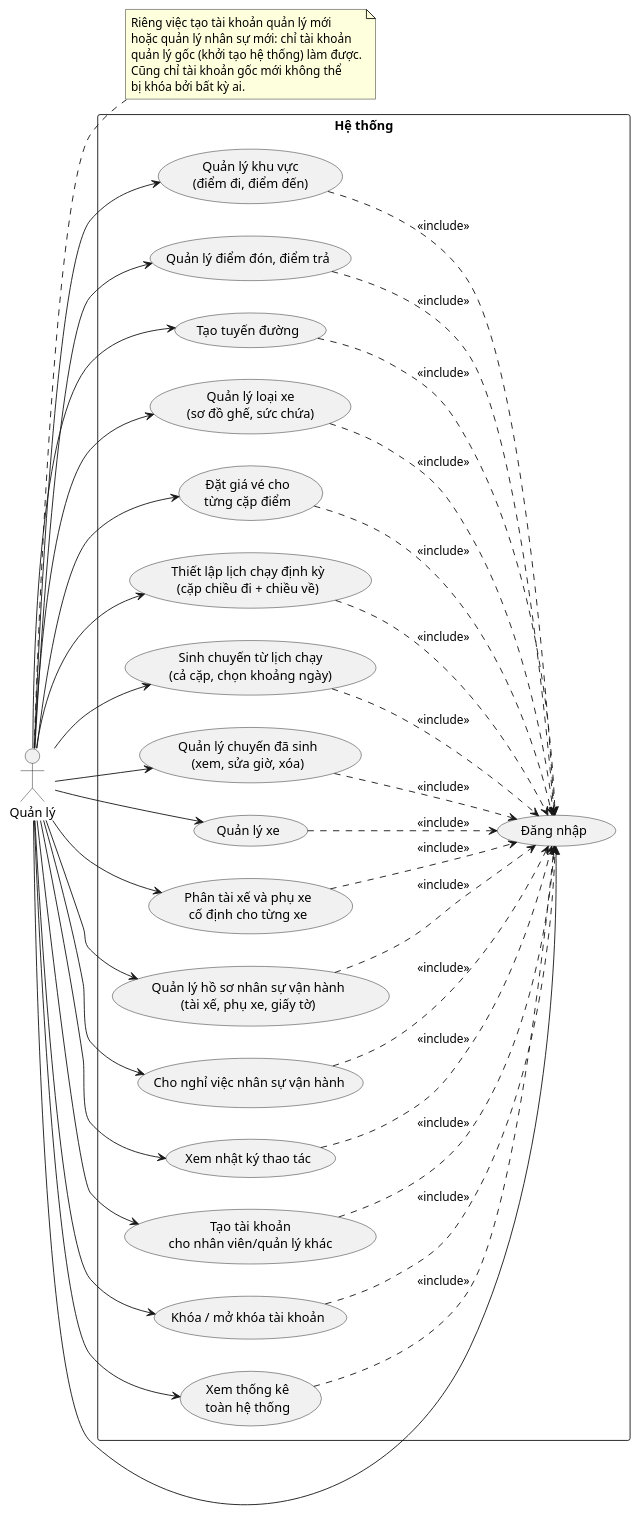
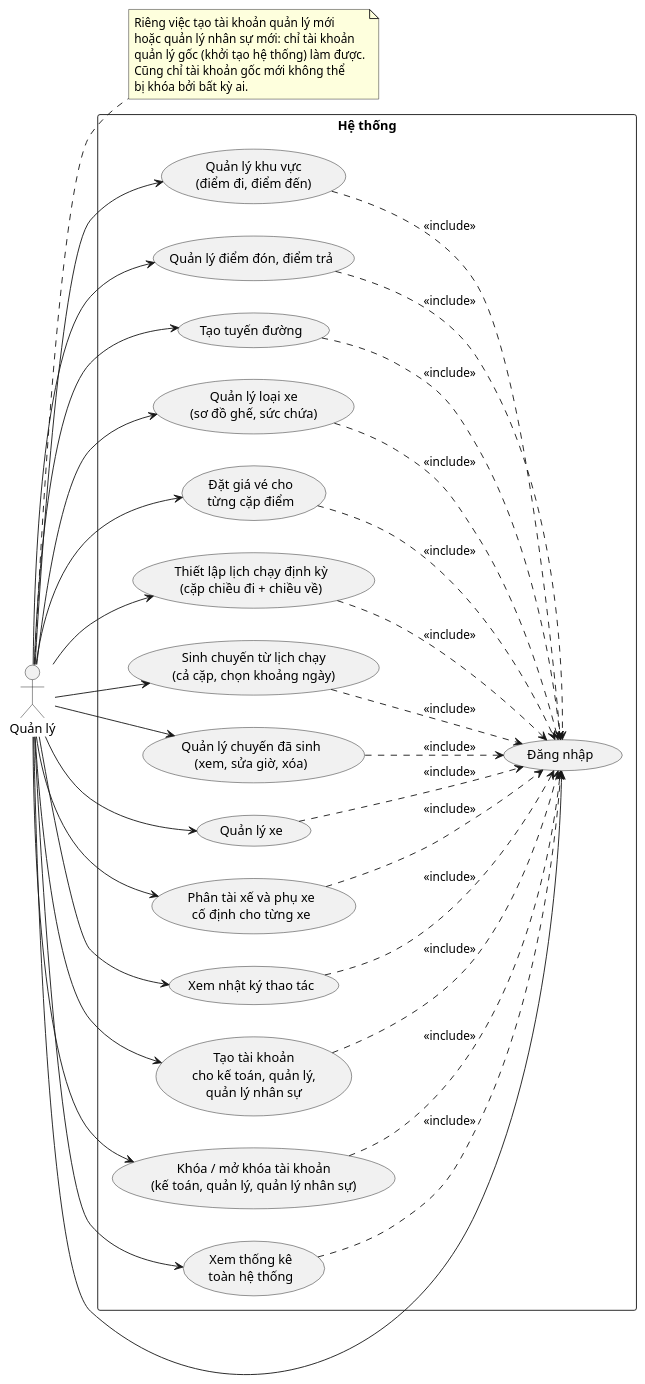
The sixth of 53 diagrams in UML_DIAGRAMS.md (nguyenvietanhit19/Project1_HeThongQuanLyNhaXeKhachLienTinh), drawn with PlantUML before and after one commit. The commit also changed other lines of this file and 5 other files, not shown here.

````diff
--- a/UML_DIAGRAMS.md
+++ b/UML_DIAGRAMS.md
@@ -193,68 +193,62 @@
 ```plantuml
 @startuml UseCase_QuanLy
 left to right direction
 actor "Quản lý" as QL
 note right of QL
   Riêng việc tạo tài khoản quản lý mới
   hoặc quản lý nhân sự mới: chỉ tài khoản
   quản lý gốc (khởi tạo hệ thống) làm được.
   Cũng chỉ tài khoản gốc mới không thể
   bị khóa bởi bất kỳ ai.
 end note
 
 rectangle "Hệ thống" {
   usecase "Đăng nhập" as UC02
   usecase "Quản lý khu vực\n(điểm đi, điểm đến)" as UC29
   usecase "Quản lý điểm đón, điểm trả" as UC30
   usecase "Tạo tuyến đường" as UC31
   usecase "Quản lý loại xe\n(sơ đồ ghế, sức chứa)" as UC32
   usecase "Đặt giá vé cho\ntừng cặp điểm" as UC33
   usecase "Thiết lập lịch chạy định kỳ\n(cặp chiều đi + chiều về)" as UC18
   usecase "Sinh chuyến từ lịch chạy\n(cả cặp, chọn khoảng ngày)" as UC47
   usecase "Quản lý chuyến đã sinh\n(xem, sửa giờ, xóa)" as UC48
   usecase "Quản lý xe" as UC34
   usecase "Phân tài xế và phụ xe\ncố định cho từng xe" as UC35
-  usecase "Quản lý hồ sơ nhân sự vận hành\n(tài xế, phụ xe, giấy tờ)" as UC49
-  usecase "Cho nghỉ việc nhân sự vận hành" as UC51
   usecase "Xem nhật ký thao tác" as UC52
-  usecase "Tạo tài khoản\ncho nhân viên/quản lý khác" as UC36
-  usecase "Khóa / mở khóa tài khoản" as UC37
+  usecase "Tạo tài khoản\ncho kế toán, quản lý,\nquản lý nhân sự" as UC36
+  usecase "Khóa / mở khóa tài khoản\n(kế toán, quản lý, quản lý nhân sự)" as UC37
   usecase "Xem thống kê\ntoàn hệ thống" as UC39
 }
 
 QL --> UC02
 QL --> UC29
 QL --> UC30
 QL --> UC31
 QL --> UC32
 QL --> UC33
 QL --> UC18
 QL --> UC47
 QL --> UC48
 QL --> UC34
 QL --> UC35
-QL --> UC49
-QL --> UC51
 QL --> UC52
 QL --> UC36
 QL --> UC37
 QL --> UC39
 
 UC29 ..> UC02 : <<include>>
 UC30 ..> UC02 : <<include>>
 UC31 ..> UC02 : <<include>>
 UC32 ..> UC02 : <<include>>
 UC33 ..> UC02 : <<include>>
 UC18 ..> UC02 : <<include>>
 UC47 ..> UC02 : <<include>>
 UC48 ..> UC02 : <<include>>
 UC34 ..> UC02 : <<include>>
 UC35 ..> UC02 : <<include>>
-UC49 ..> UC02 : <<include>>
-UC51 ..> UC02 : <<include>>
 UC52 ..> UC02 : <<include>>
 UC36 ..> UC02 : <<include>>
 UC37 ..> UC02 : <<include>>
 UC39 ..> UC02 : <<include>>
 @enduml
 ```
````
